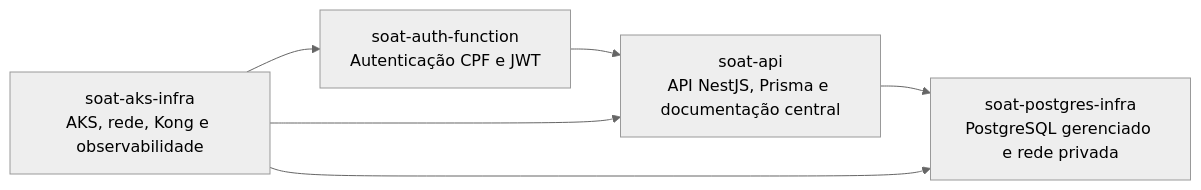
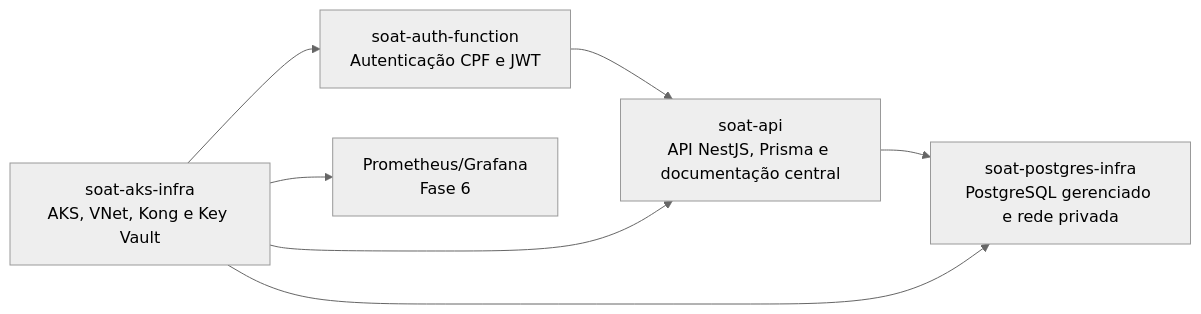
The first of 2 diagrams in docs/architecture/README.md (JoaoGW/soat-api), drawn with Mermaid (neutral theme) before and after one commit. The commit also changed other lines of this file, not shown here.

````diff
--- a/docs/architecture/README.md
+++ b/docs/architecture/README.md
@@ -16,13 +16,15 @@
 ```mermaid
 flowchart LR
     API[soat-api\nAPI NestJS, Prisma e documentação central]
     AUTH[soat-auth-function\nAutenticação CPF e JWT]
-    AKS[soat-aks-infra\nAKS, rede, Kong e observabilidade]
+    AKS[soat-aks-infra\nAKS, VNet, Kong e Key Vault]
     PG[soat-postgres-infra\nPostgreSQL gerenciado e rede privada]
+    OBS[Prometheus/Grafana\nFase 6]
 
     AUTH --> API
     API --> PG
     AKS --> API
     AKS --> AUTH
     AKS --> PG
+    AKS --> OBS
 ```
````
